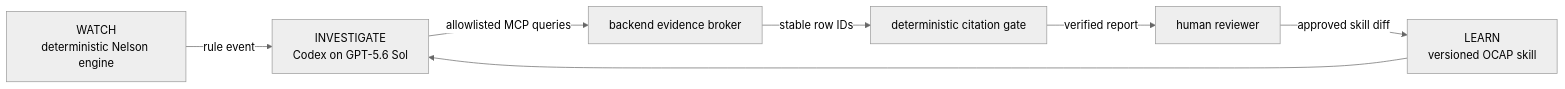
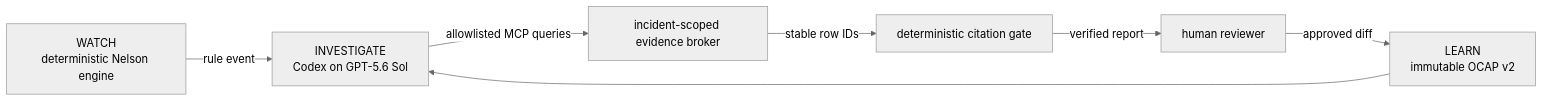
The diagram in README.md (innoprej/spc-watchdog), drawn with Mermaid (neutral theme) before and after one commit. The commit also changed other lines of this file and 7 other files, not shown here.

````diff
--- a/README.md
+++ b/README.md
@@ -29,9 +30,9 @@
 ```mermaid
 flowchart LR
     W["WATCH<br/>deterministic Nelson engine"] -->|"rule event"| I["INVESTIGATE<br/>Codex on GPT-5.6 Sol"]
-    I -->|"allowlisted MCP queries"| B["backend evidence broker"]
+    I -->|"allowlisted MCP queries"| B["incident-scoped evidence broker"]
     B -->|"stable row IDs"| V["deterministic citation gate"]
     V -->|"verified report"| H["human reviewer"]
-    H -->|"approved skill diff"| L["LEARN<br/>versioned OCAP skill"]
+    H -->|"approved diff"| L["LEARN<br/>immutable OCAP v2"]
     L --> I
 ```
````
